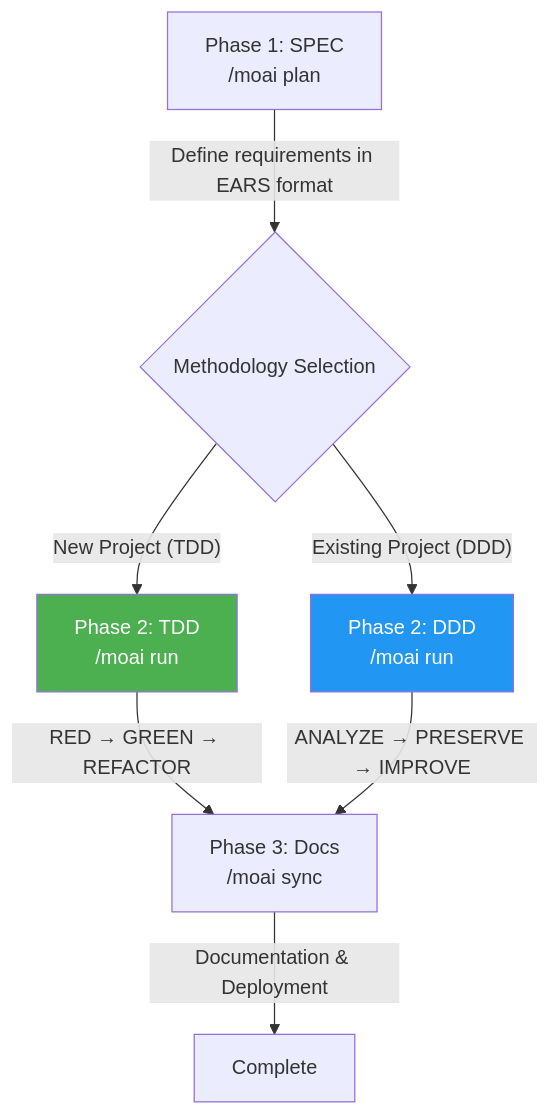
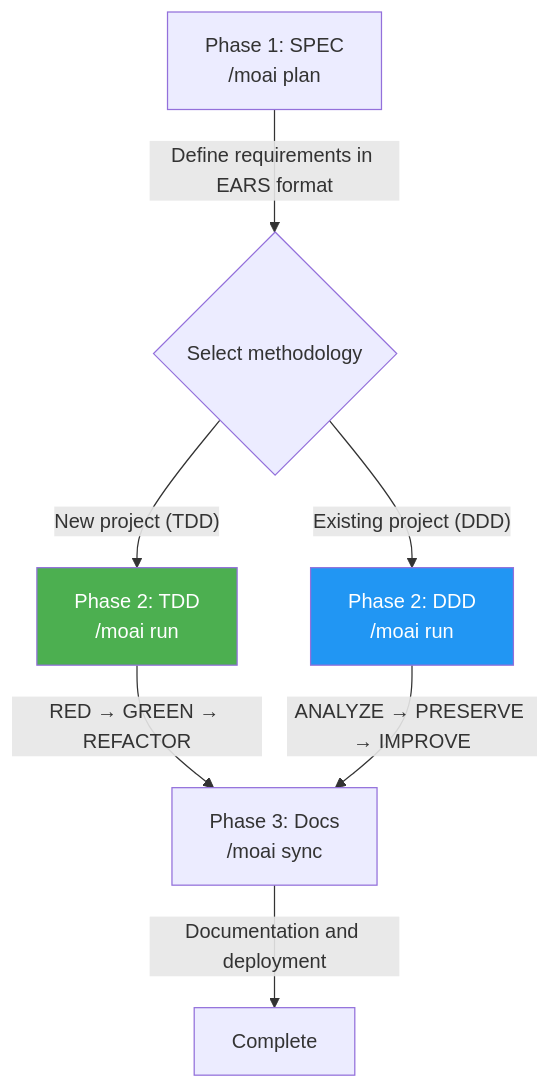
Before and after one commit to modu-ai/moai-adk: the third of 3 diagrams in docs-site/content/en/getting-started/introduction.md, drawn with Mermaid. The commit also changed other lines of this file and 4 other files, not shown here.

````diff
--- a/docs-site/content/en/getting-started/introduction.md
+++ b/docs-site/content/en/getting-started/introduction.md
@@ -234,12 +234,12 @@
 ```mermaid
 flowchart TD
-    A["Phase 1: SPEC<br/>/moai plan"] -->|"Define requirements in EARS format"| B{"Methodology Selection"}
-    B -->|"New Project (TDD)"| C["Phase 2: TDD<br/>/moai run"]
-    B -->|"Existing Project (DDD)"| D["Phase 2: DDD<br/>/moai run"]
+    A["Phase 1: SPEC<br/>/moai plan"] -->|"Define requirements in EARS format"| B{"Select methodology"}
+    B -->|"New project (TDD)"| C["Phase 2: TDD<br/>/moai run"]
+    B -->|"Existing project (DDD)"| D["Phase 2: DDD<br/>/moai run"]
     C -->|"RED → GREEN → REFACTOR"| E["Phase 3: Docs<br/>/moai sync"]
     D -->|"ANALYZE → PRESERVE → IMPROVE"| E
-    E -->|"Documentation & Deployment"| F["Complete"]
+    E -->|"Documentation and deployment"| F["Complete"]
 
     style C fill:#4CAF50,color:#fff
     style D fill:#2196F3,color:#fff
 ```
````
